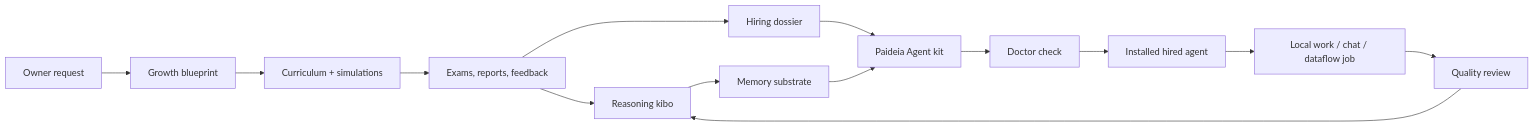
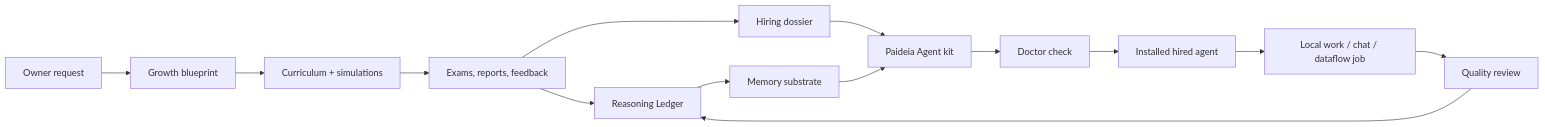
Before and after one commit to sinmb79/Paideia-Agent: the diagram in README.md, drawn with Mermaid. The commit also changed other lines of this file and 21 other files, not shown here.

````diff
--- a/README.md
+++ b/README.md
@@ -44,16 +44,16 @@
 ```mermaid
 flowchart LR
     Owner["Owner request"] --> Blueprint["Growth blueprint"]
     Blueprint --> Curriculum["Curriculum + simulations"]
     Curriculum --> Assessment["Exams, reports, feedback"]
-    Assessment --> Kibo["Reasoning kibo"]
+    Assessment --> Kibo["Reasoning Ledger"]
     Assessment --> Dossier["Hiring dossier"]
     Kibo --> Memory["Memory substrate"]
     Dossier --> Kit["Paideia Agent kit"]
     Memory --> Kit
     Kit --> Doctor["Doctor check"]
     Doctor --> Agent["Installed hired agent"]
     Agent --> Work["Local work / chat / dataflow job"]
     Work --> Review["Quality review"]
     Review --> Kibo
 ```
````
